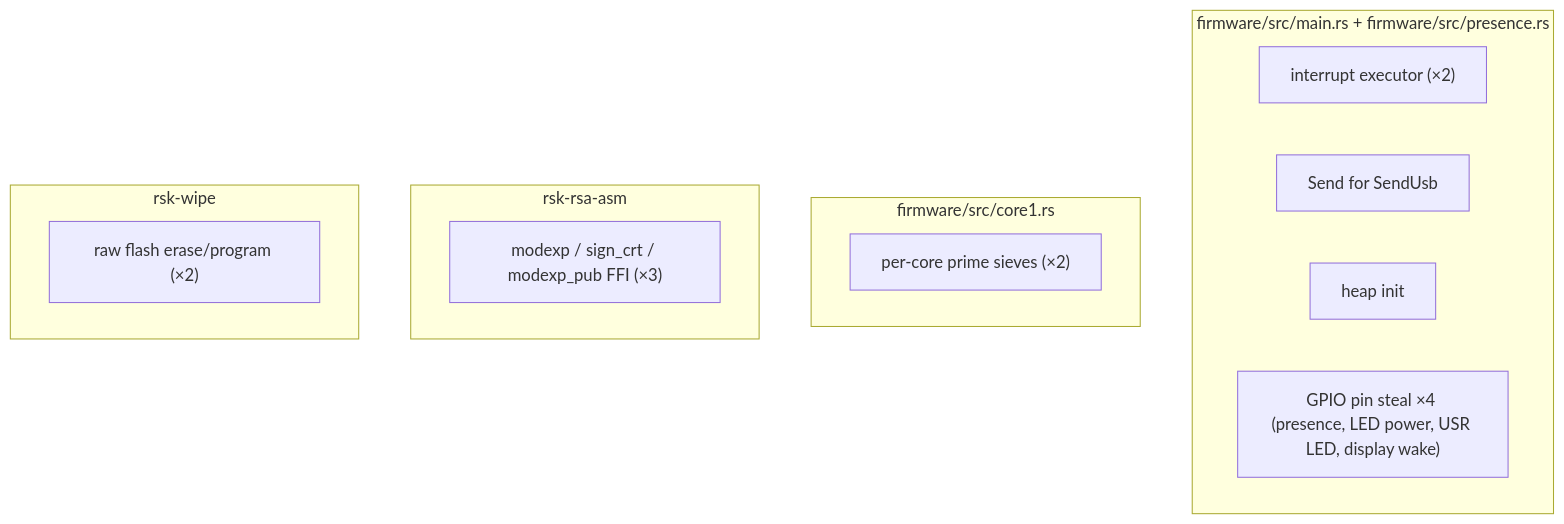
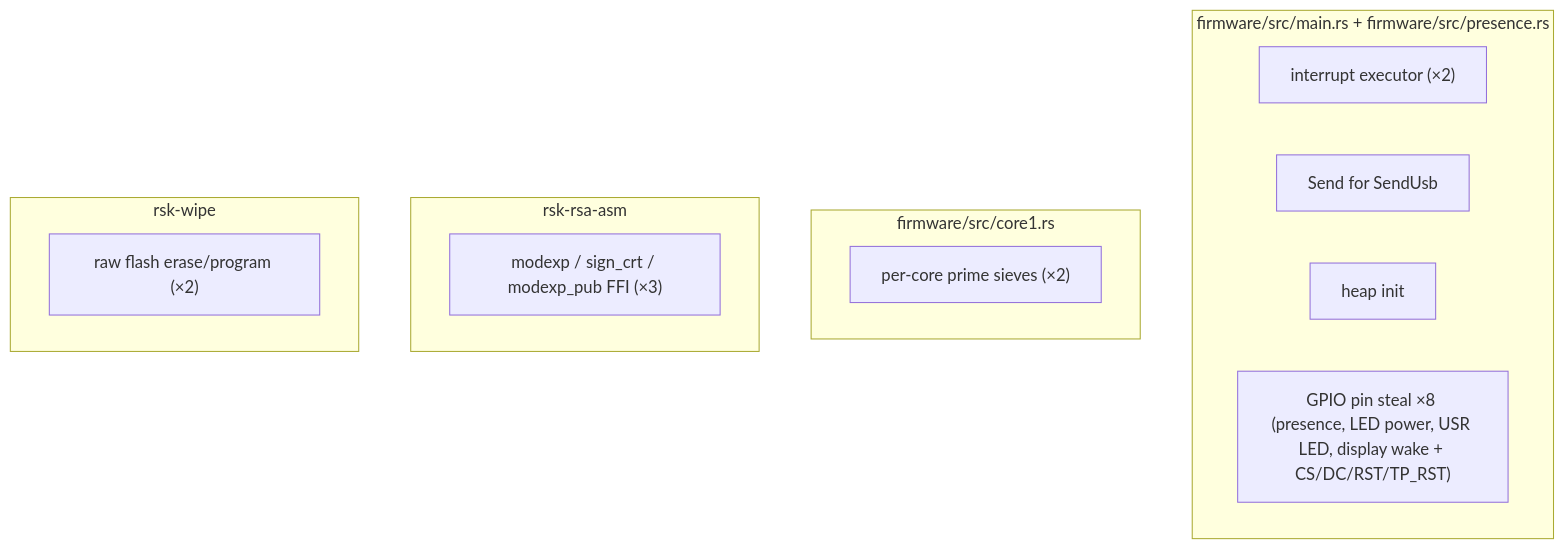
The diagram in docs/unsafe.md (TheMaxMur/RS-Key), drawn with Mermaid before and after one commit. The commit also changed other lines of this file and 8 other files, not shown here.

````diff
--- a/docs/unsafe.md
+++ b/docs/unsafe.md
@@ -16,18 +17,18 @@
 ```mermaid
 flowchart TB
     subgraph fw["firmware/src/main.rs + firmware/src/presence.rs"]
       a["interrupt executor (×2)"]
       b["Send for SendUsb"]
       c["heap init"]
-      d["GPIO pin steal ×4 (presence, LED power, USR LED, display wake)"]
+      d["GPIO pin steal ×8 (presence, LED power, USR LED, display wake + CS/DC/RST/TP_RST)"]
     end
     subgraph kg["firmware/src/core1.rs"]
       e["per-core prime sieves (×2)"]
     end
     subgraph asm["rsk-rsa-asm"]
       f["modexp / sign_crt / modexp_pub FFI (×3)"]
     end
     subgraph wipe["rsk-wipe"]
       g["raw flash erase/program (×2)"]
     end
 ```
````
